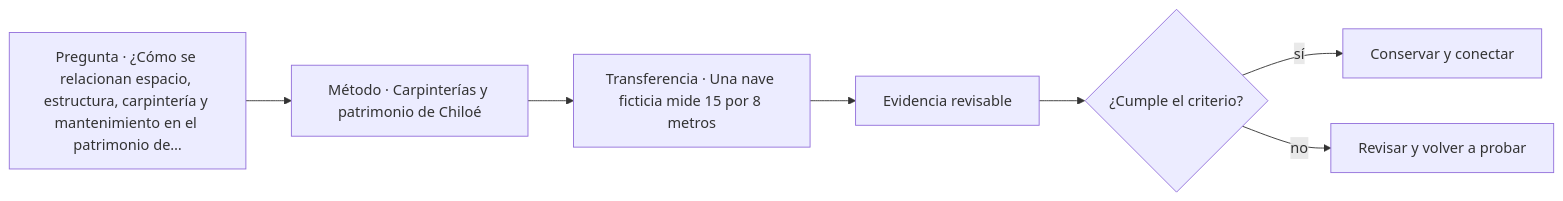
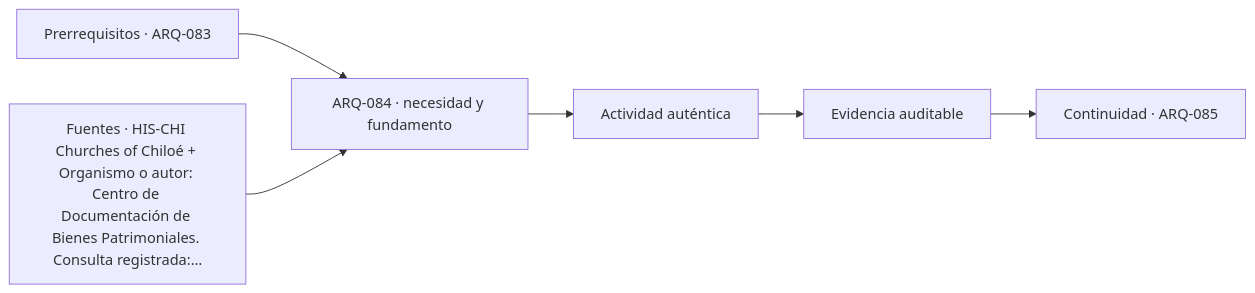
The diagram in classes/parte-09/ARQ-084.md (vladimiracunadev-create/architecture-built-environment-learning-program), drawn with Mermaid before and after one commit. The commit also changed other lines of this file and 761 other files, not shown here.

````diff
--- a/classes/parte-09/ARQ-084.md
+++ b/classes/parte-09/ARQ-084.md
@@ -103,9 +115,8 @@
 ```mermaid
 flowchart LR
-    Q["Pregunta · ¿Cómo se relacionan espacio, estructura, carpintería y mantenimiento en el patrimonio de…"] --> M["Método · Carpinterías y patrimonio de Chiloé"]
-    M --> P["Transferencia · Una nave ficticia mide 15 por 8 metros"]
-    P --> E["Evidencia revisable"]
-    E --> C{"¿Cumple el criterio?"}
-    C -->|sí| T["Conservar y conectar"]
-    C -->|no| R["Revisar y volver a probar"]
+    A["Prerrequisitos · ARQ-083"] --> B["ARQ-084 · necesidad y fundamento"]
+    S["Fuentes · HIS-CHI Churches of Chiloé + Organismo o autor: Centro de Documentación de Bienes Patrimoniales. Consulta registrada:…"] --> B
+    B --> C["Actividad auténtica"]
+    C --> D["Evidencia auditable"]
+    D --> E["Continuidad · ARQ-085"]
 ```
````
